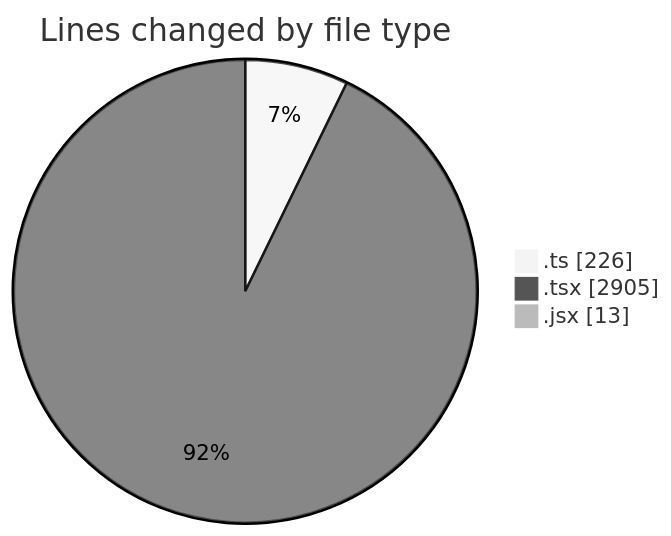
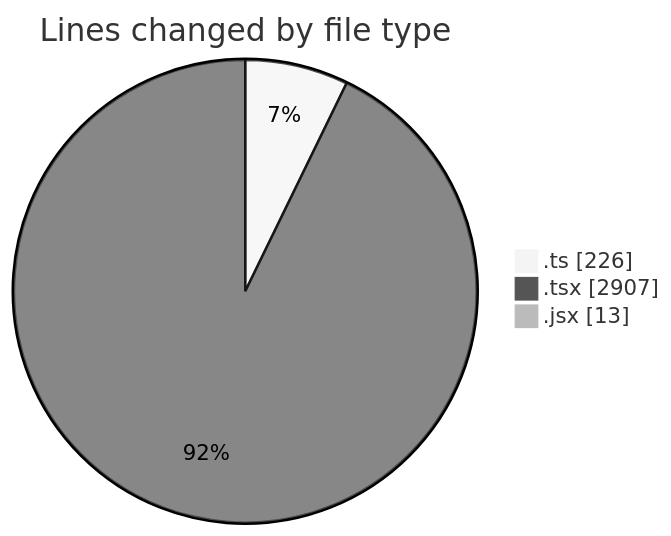
One commit to momahboobian/code-tracking changed the first of 2 diagrams in 2025-12-02/cda/README.md. Above: the diagram before and after it, drawn with Mermaid (neutral theme). The commit also changed other lines of this file and 1 other file, not shown here.

````diff
--- a/2025-12-02/cda/README.md
+++ b/2025-12-02/cda/README.md
@@ -30,7 +30,7 @@
 ```mermaid
 pie showData
 title Lines changed by file type
 ".ts" : 226
-".tsx" : 2905
+".tsx" : 2907
 ".jsx" : 13
 ```
````
